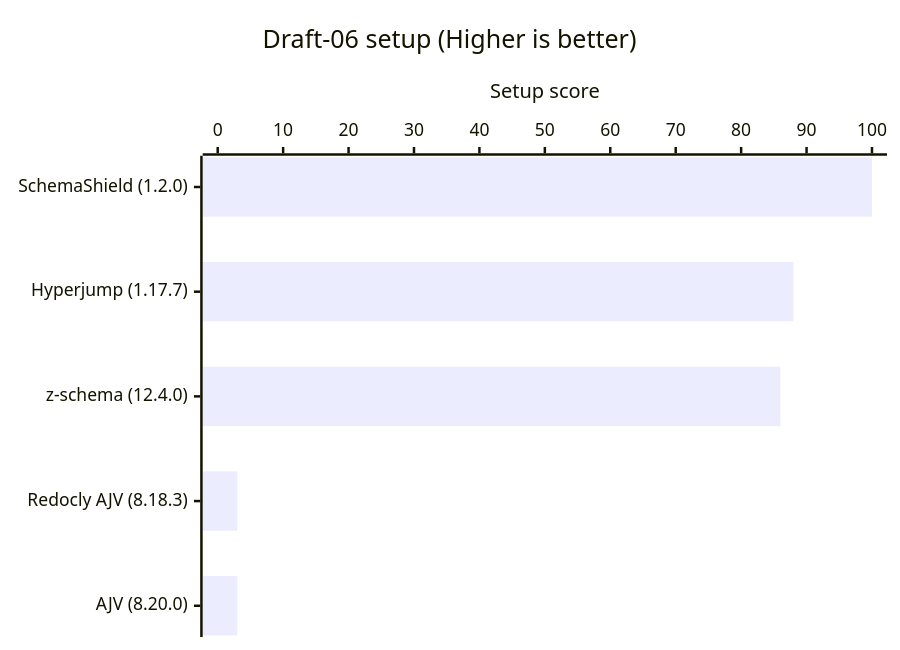
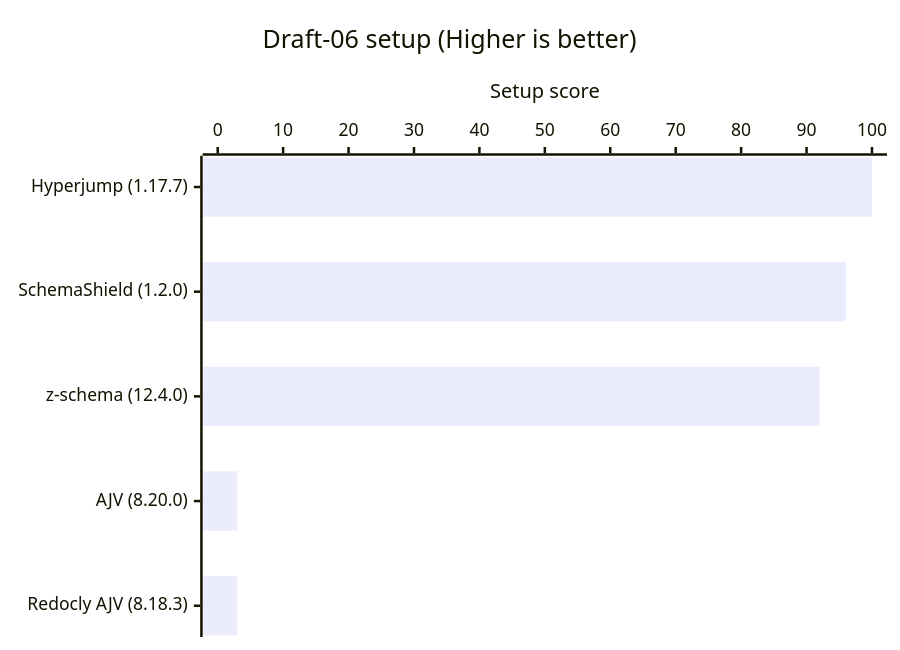
Before and after one commit to Masquerade-Circus/json-schema-validator-bench: the second of 8 diagrams in README.md, drawn with Mermaid. The commit also changed other lines of this file and 243 other files, not shown here.

````diff
--- a/README.md
+++ b/README.md
@@ -121,7 +121,7 @@
 ```mermaid
 xychart horizontal
     title "Draft-06 setup (Higher is better)"
-    x-axis ["SchemaShield (1.2.0)", "Hyperjump (1.17.7)", "z-schema (12.4.0)", "Redocly AJV (8.18.3)", "AJV (8.20.0)"]
+    x-axis ["Hyperjump (1.17.7)", "SchemaShield (1.2.0)", "z-schema (12.4.0)", "AJV (8.20.0)", "Redocly AJV (8.18.3)"]
     y-axis "Setup score" 0 --> 100
-    bar [100, 88, 86, 3, 3]
+    bar [100, 96, 92, 3, 3]
 ```
````
